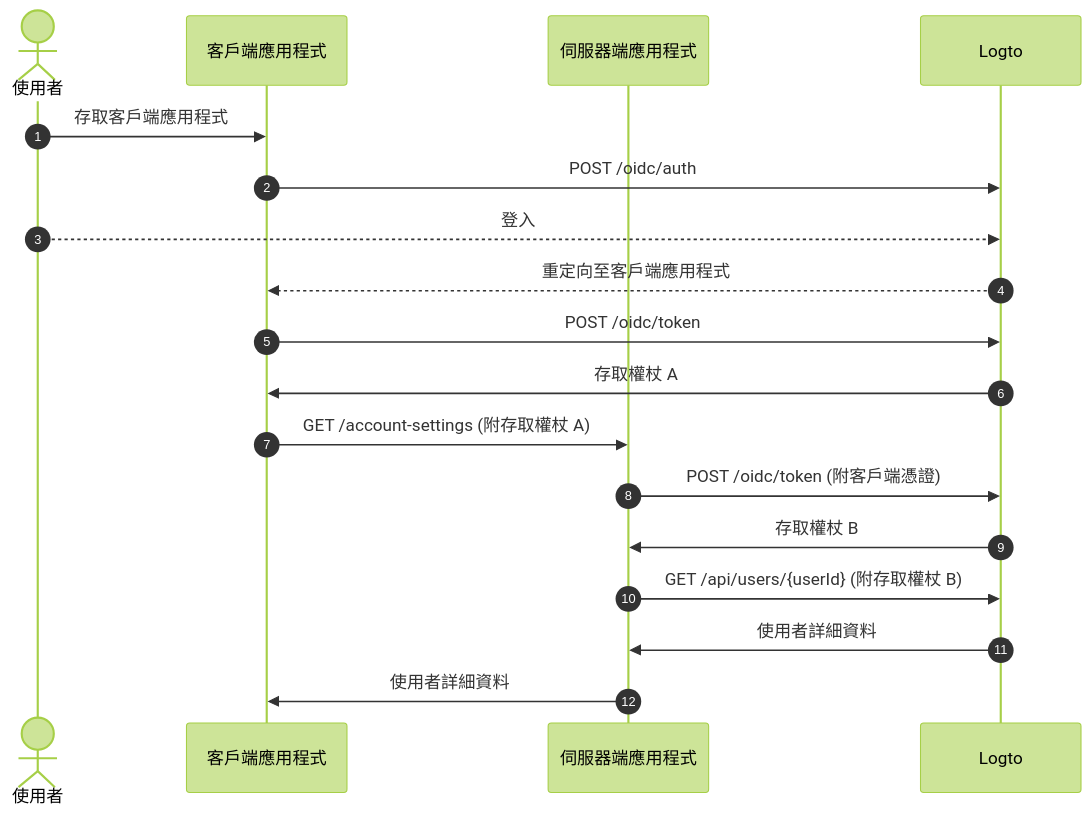
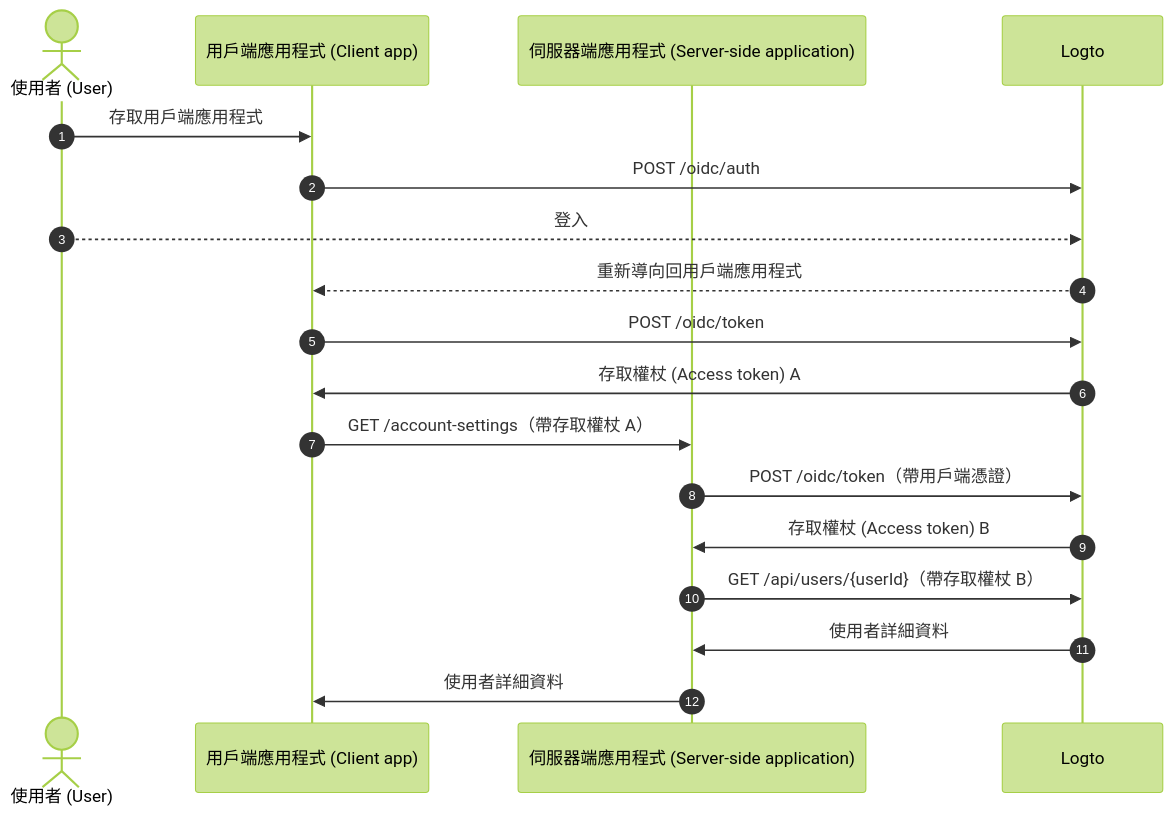
One commit to logto-io/docs changed the second of 3 diagrams in i18n/zh-TW/docusaurus-plugin-content-docs/current/end-user-flows/account-settings/by-management-api.mdx. Above: the diagram before and after it, drawn with Mermaid (forest theme). The commit also changed other lines of this file and 80 other files, not shown here.

````diff
--- a/i18n/zh-TW/docusaurus-plugin-content-docs/current/end-user-flows/account-settings/by-management-api.mdx
+++ b/i18n/zh-TW/docusaurus-plugin-content-docs/current/end-user-flows/account-settings/by-management-api.mdx
@@ -27,21 +27,21 @@
 ```mermaid
   sequenceDiagram
     autonumber
-    actor User as 使用者
-    participant Client as 客戶端應用程式
-    participant Server as 伺服器端應用程式
+    actor User as 使用者 (User)
+    participant Client as 用戶端應用程式 (Client app)
+    participant Server as 伺服器端應用程式 (Server-side application)
     participant Logto as Logto
 
-    User ->> Client: 存取客戶端應用程式
+    User ->> Client: 存取用戶端應用程式
     Client ->> Logto: POST /oidc/auth
     User -->> Logto: 登入
-    Logto -->> Client: 重定向至客戶端應用程式
+    Logto -->> Client: 重新導向回用戶端應用程式
     Client ->> Logto: POST /oidc/token
-    Logto ->> Client: 存取權杖 A
-    Client ->> Server: GET /account-settings (附存取權杖 A)
-    Server ->> Logto: POST /oidc/token (附客戶端憑證)
-    Logto ->> Server: 存取權杖 B
-    Server ->> Logto: GET /api/users/{userId} (附存取權杖 B)
+    Logto ->> Client: 存取權杖 (Access token) A
+    Client ->> Server: GET /account-settings（帶存取權杖 A）
+    Server ->> Logto: POST /oidc/token（帶用戶端憑證）
+    Logto ->> Server: 存取權杖 (Access token) B
+    Server ->> Logto: GET /api/users/{userId}（帶存取權杖 B）
     Logto ->> Server: 使用者詳細資料
     Server ->> Client: 使用者詳細資料
 ```
````
